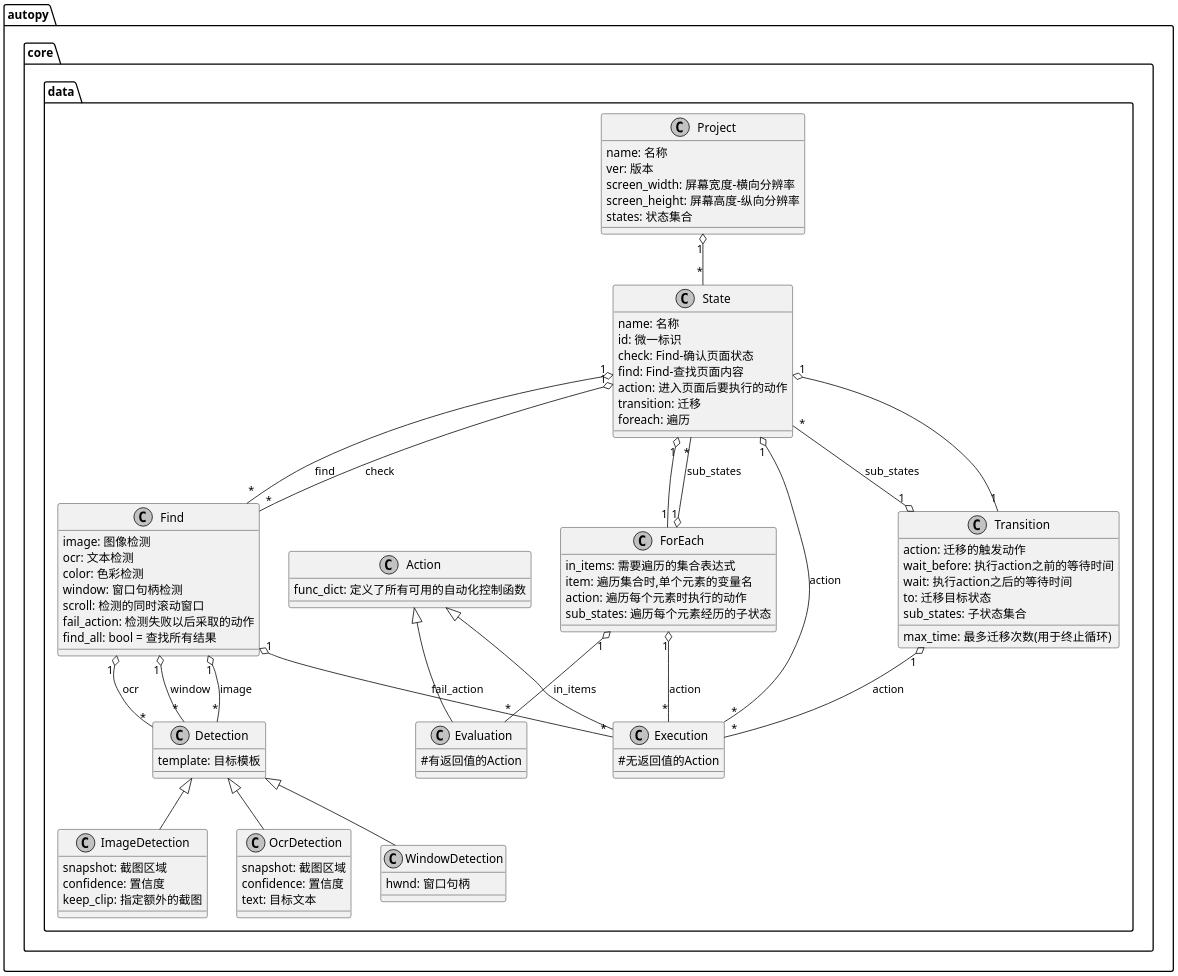
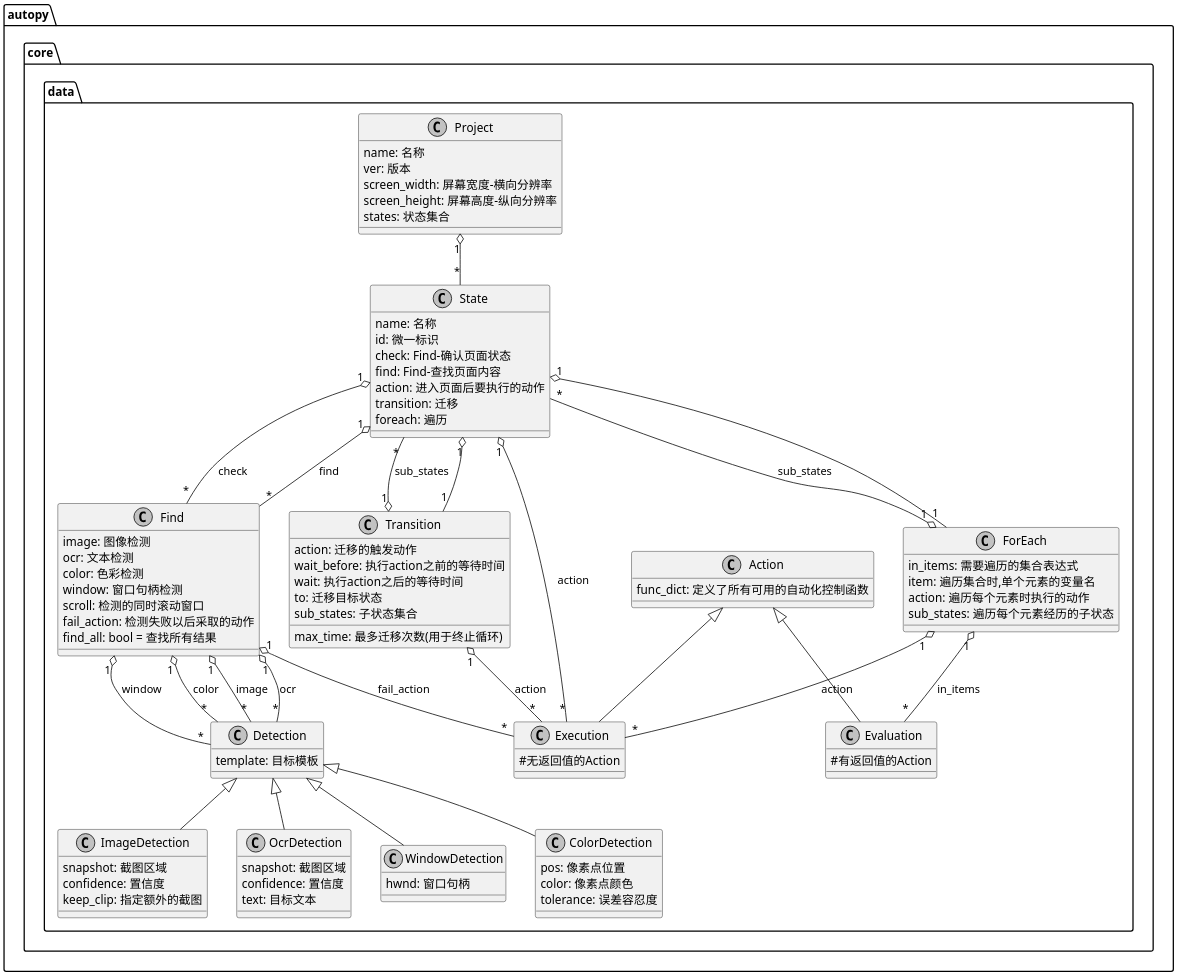
One commit to songofhawk/autopy changed the diagram in docs/autopy_class_diagram.md. Above: the diagram before and after it, drawn with PlantUML.

Commit message:
类图中补充ColorDetection

```diff
--- a/docs/autopy_class_diagram.md
+++ b/docs/autopy_class_diagram.md
@@ -59,6 +59,12 @@
 				hwnd: 窗口句柄
 			}
 
+			class ColorDetection {
+                pos: 像素点位置
+                color: 像素点颜色
+                tolerance: 误差容忍度
+    		}
+
 			class Transition {
 				action: 迁移的触发动作
                 wait_before: 执行action之前的等待时间
@@ -89,6 +95,7 @@
             Detection <|-- ImageDetection
             Detection <|-- OcrDetection
             Detection <|-- WindowDetection
+            Detection <|-- ColorDetection
             
             Action <|-- Execution
             Action <|-- Evaluation
@@ -103,6 +110,8 @@
             Find "1" o-- "*" Detection : image
             Find "1" o-- "*" Detection : ocr
             Find "1" o-- "*" Detection : window
+            Find "1" o-- "*" Detection : color
+            
             Find "1" o-- "*" Execution : fail_action
             
             Transition "1" o-- "*" Execution : action
```
